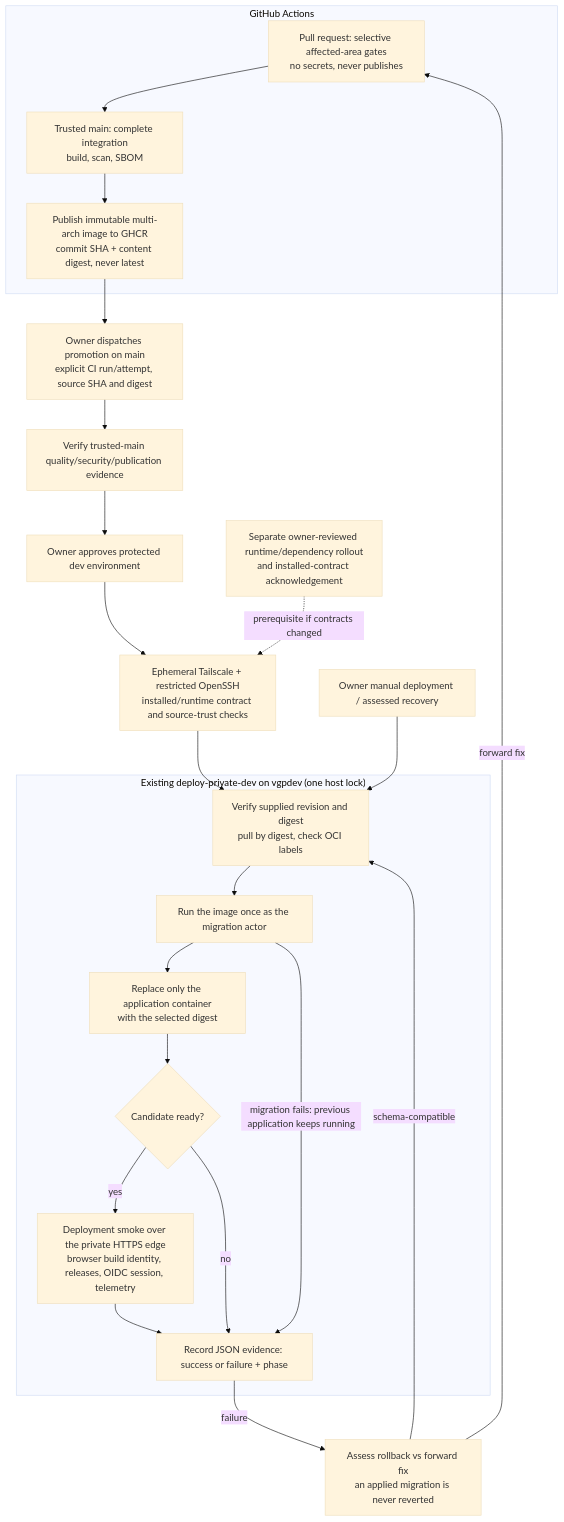
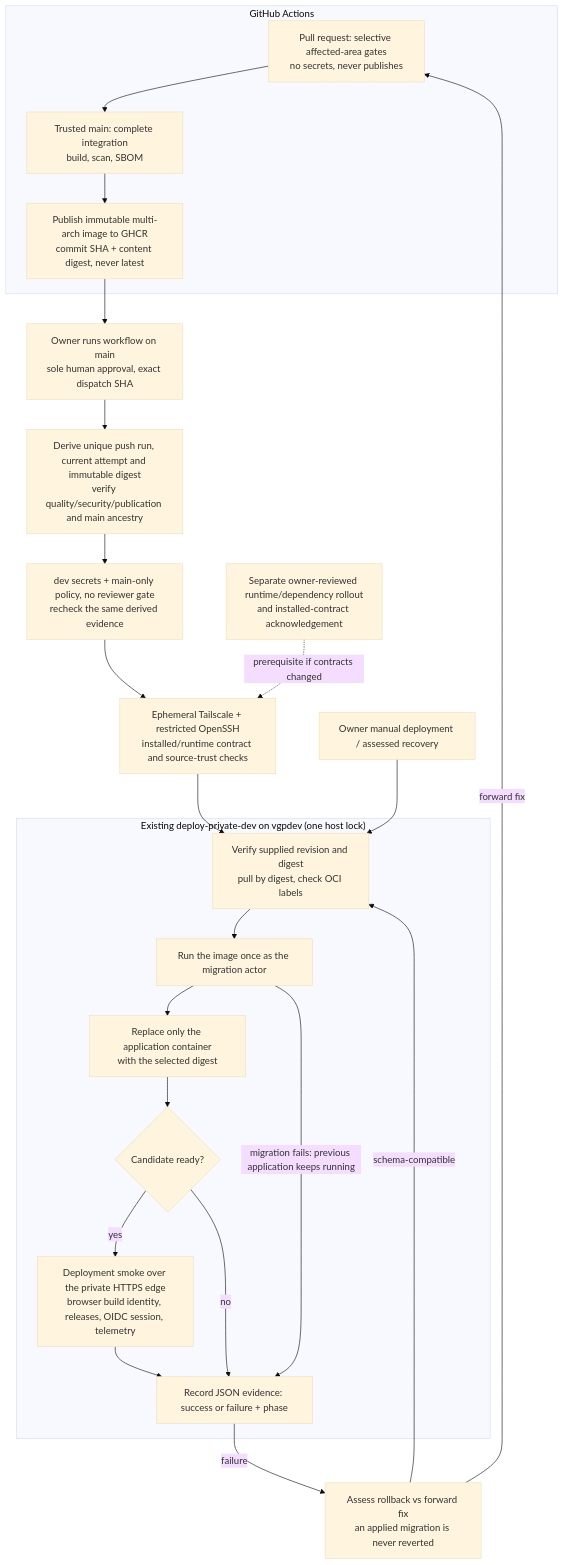
One commit to rubhern/videogame-platform changed the diagram in docs/architecture/diagrams/mermaid/delivery-pipeline.mmd. Above: the diagram before and after it, drawn with Mermaid (base theme). The commit also changed 14 other files, not shown here.

Commit message:
Simplify private-dev promotion and advance application to 0.28.1

```diff
--- a/docs/architecture/diagrams/mermaid/delivery-pipeline.mmd
+++ b/docs/architecture/diagrams/mermaid/delivery-pipeline.mmd
@@ -1,32 +1,32 @@
 flowchart TD
     subgraph CI["GitHub Actions"]
         PR["Pull request: selective affected-area gates<br/>no secrets, never publishes"]
         Main["Trusted main: complete integration<br/>build, scan, SBOM"]
         GHCR["Publish immutable multi-arch image to GHCR<br/>commit SHA + content digest, never latest"]
         PR --> Main --> GHCR
     end
 
-    Dispatch["Owner dispatches promotion on main<br/>explicit CI run/attempt, source SHA and digest"]
-    Evidence["Verify trusted-main quality/security/publication evidence"]
-    Approval["Owner approves protected dev environment"]
+    Dispatch["Owner runs workflow on main<br/>sole human approval, exact dispatch SHA"]
+    Evidence["Derive unique push run, current attempt and immutable digest<br/>verify quality/security/publication and main ancestry"]
+    Environment["dev secrets + main-only policy, no reviewer gate<br/>recheck the same derived evidence"]
     Connect["Ephemeral Tailscale + restricted OpenSSH<br/>installed/runtime contract and source-trust checks"]
 
     subgraph Deploy["Existing deploy-private-dev on vgpdev (one host lock)"]
         Verify["Verify supplied revision and digest<br/>pull by digest, check OCI labels"]
         Migrate["Run the image once as the migration actor"]
         Replace["Replace only the application container<br/>with the selected digest"]
         Ready{"Candidate ready?"}
         Smoke["Deployment smoke over the private HTTPS edge<br/>browser build identity, releases, OIDC session, telemetry"]
         Record["Record JSON evidence: success or failure + phase"]
         Verify --> Migrate --> Replace --> Ready
         Ready -->|yes| Smoke --> Record
         Ready -->|no| Record
     end
 
-    GHCR --> Dispatch --> Evidence --> Approval --> Connect --> Verify
+    GHCR --> Dispatch --> Evidence --> Environment --> Connect --> Verify
     Manual["Owner manual deployment / assessed recovery"] --> Verify
     Runtime["Separate owner-reviewed runtime/dependency rollout<br/>and installed-contract acknowledgement"] -. prerequisite if contracts changed .-> Connect
     Migrate -->|migration fails: previous application keeps running| Record
     Record -->|failure| Assess["Assess rollback vs forward fix<br/>an applied migration is never reverted"]
     Assess -->|schema-compatible| Verify
     Assess -->|forward fix| PR
```
